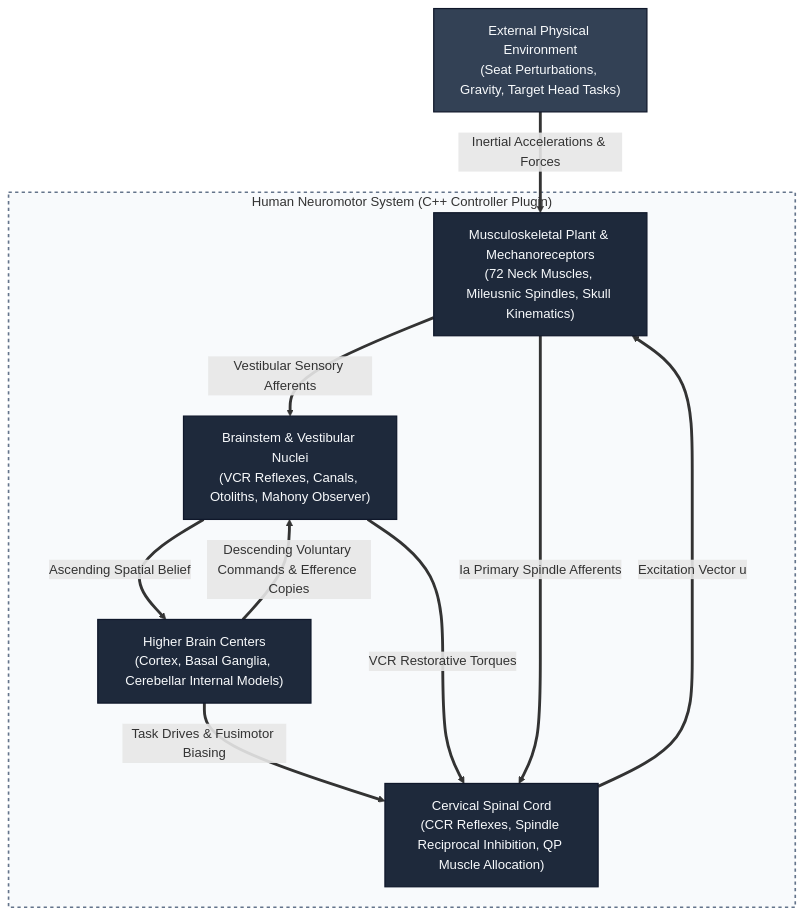
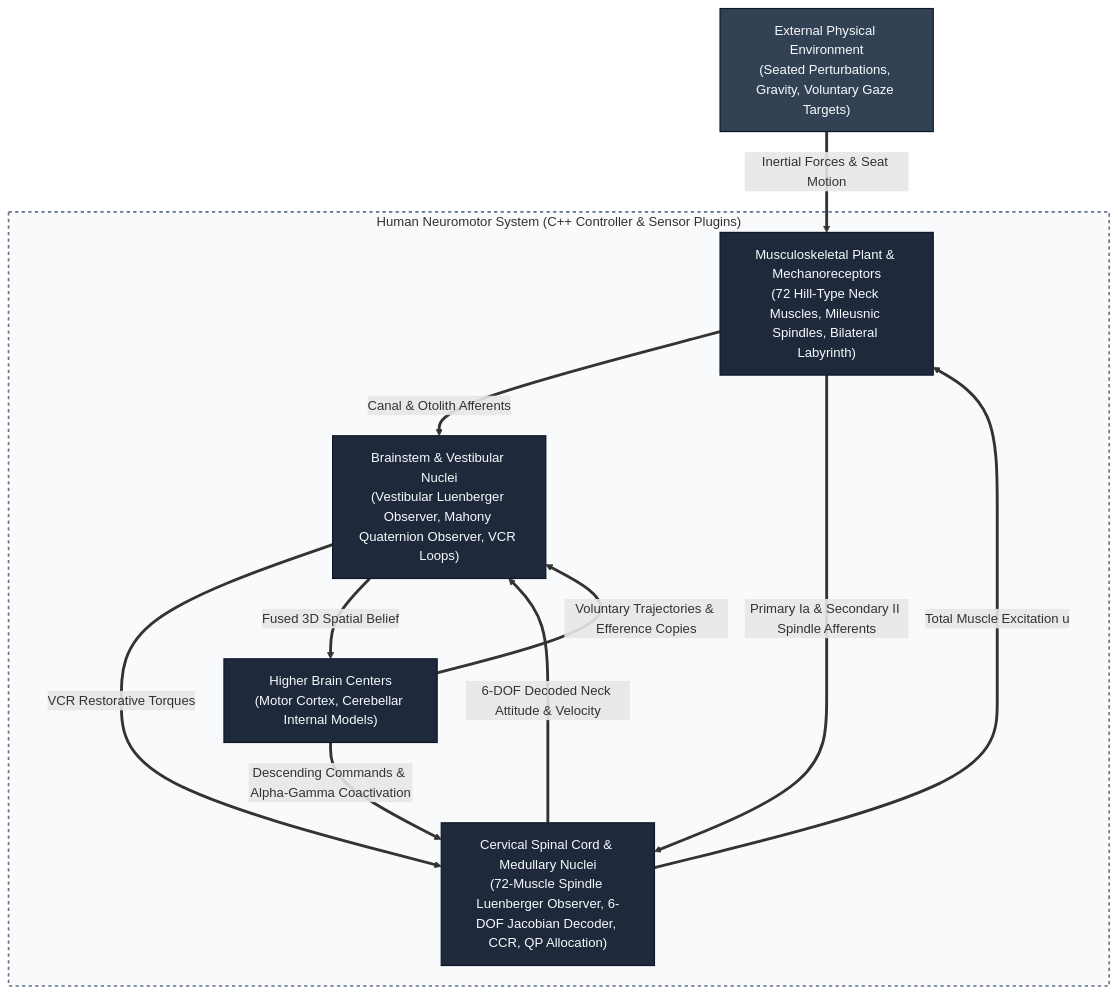
The first of 3 diagrams in docs/neuromotor_control_architecture_c4.md (utkuoguzman/HeadNeck_Control_w_Sensors_Opensim4_6), drawn with Mermaid before and after one commit. The commit also changed other lines of this file and 200 other files, not shown here.

Commit message:
add luenberger observer to fix mahony

````diff
--- a/docs/neuromotor_control_architecture_c4.md
+++ b/docs/neuromotor_control_architecture_c4.md
@@ -13,26 +13,27 @@
 ```mermaid
 flowchart TD
-    Env["External Physical Environment<br/>(Seat Perturbations, Gravity, Target Head Tasks)"]
+    Env["External Physical Environment<br/>(Seated Perturbations, Gravity, Voluntary Gaze Targets)"]
     
-    subgraph CNS_PNS ["Human Neuromotor System (C++ Controller Plugin)"]
-        Higher_Centers["Higher Brain Centers<br/>(Cortex, Basal Ganglia, Cerebellar Internal Models)"]
-        Brainstem["Brainstem & Vestibular Nuclei<br/>(VCR Reflexes, Canals, Otoliths, Mahony Observer)"]
-        Spinal_Cord["Cervical Spinal Cord<br/>(CCR Reflexes, Spindle Reciprocal Inhibition, QP Muscle Allocation)"]
-        Peripheral_Plant["Musculoskeletal Plant & Mechanoreceptors<br/>(72 Neck Muscles, Mileusnic Spindles, Skull Kinematics)"]
+    subgraph CNS_PNS ["Human Neuromotor System (C++ Controller & Sensor Plugins)"]
+        Higher_Centers["Higher Brain Centers<br/>(Motor Cortex, Cerebellar Internal Models)"]
+        Brainstem["Brainstem & Vestibular Nuclei<br/>(Vestibular Luenberger Observer, Mahony Quaternion Observer, VCR Loops)"]
+        Spinal_Cord["Cervical Spinal Cord & Medullary Nuclei<br/>(72-Muscle Spindle Luenberger Observer, 6-DOF Jacobian Decoder, CCR, QP Allocation)"]
+        Peripheral_Plant["Musculoskeletal Plant & Mechanoreceptors<br/>(72 Hill-Type Neck Muscles, Mileusnic Spindles, Bilateral Labyrinth)"]
     end
 
-    Env ==>|Inertial Accelerations & Forces| Peripheral_Plant
-    Higher_Centers ==>|Descending Voluntary Commands & Efference Copies| Brainstem
-    Higher_Centers ==>|Task Drives & Fusimotor Biasing| Spinal_Cord
+    Env ==>|Inertial Forces & Seat Motion| Peripheral_Plant
+    Higher_Centers ==>|Voluntary Trajectories & Efference Copies| Brainstem
+    Higher_Centers ==>|Descending Commands & Alpha-Gamma Coactivation| Spinal_Cord
     Brainstem ==>|VCR Restorative Torques| Spinal_Cord
-    Spinal_Cord ==>|Excitation Vector u| Peripheral_Plant
-    Peripheral_Plant ==>|Vestibular Sensory Afferents| Brainstem
-    Peripheral_Plant ==>|Ia Primary Spindle Afferents| Spinal_Cord
-    Brainstem ==>|Ascending Spatial Belief| Higher_Centers
+    Spinal_Cord ==>|Total Muscle Excitation u| Peripheral_Plant
+    Peripheral_Plant ==>|Canal & Otolith Afferents| Brainstem
+    Peripheral_Plant ==>|Primary Ia & Secondary II Spindle Afferents| Spinal_Cord
+    Spinal_Cord ==>|6-DOF Decoded Neck Attitude & Velocity| Brainstem
+    Brainstem ==>|Fused 3D Spatial Belief| Higher_Centers
 
     style CNS_PNS fill:#f8fafc,stroke:#64748b,stroke-width:2px,stroke-dasharray: 4 4
     classDef darkBox fill:#1e293b,stroke:#0f172a,stroke-width:1.5px,color:#f8fafc
     classDef envBox fill:#334155,stroke:#0f172a,stroke-width:1.5px,color:#f8fafc
     class Env envBox
     class Higher_Centers,Brainstem,Spinal_Cord,Peripheral_Plant darkBox
 ```
````
